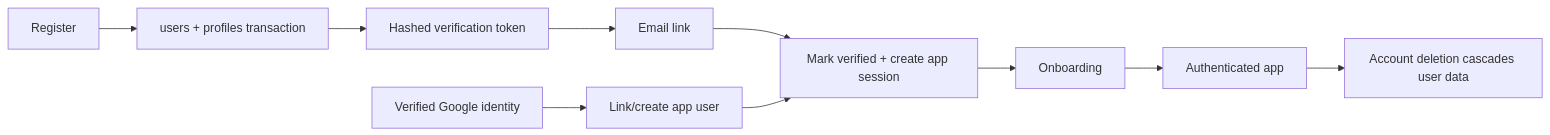
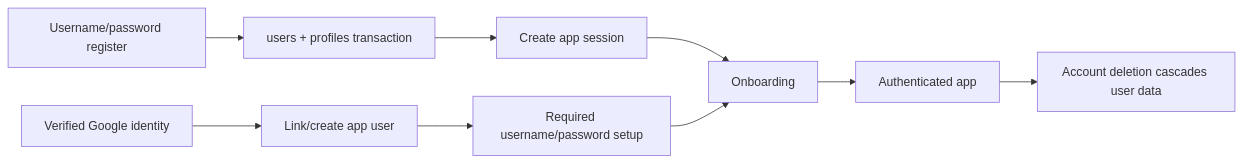
Before and after one commit to zja1999/Macro-Map-3.0: the diagram in docs/domains/identity-and-profiles.md, drawn with Mermaid. The commit also changed other lines of this file and 43 other files, not shown here.

Commit message:
Refine nutrition and community flows across the app

````diff
--- a/docs/domains/identity-and-profiles.md
+++ b/docs/domains/identity-and-profiles.md
@@ -17,12 +17,11 @@
 ```mermaid
 flowchart LR
-    R["Register"] --> U["users + profiles transaction"]
-    U --> V["Hashed verification token"]
-    V --> E["Email link"]
-    E --> M["Mark verified + create app session"]
+    R["Username/password register"] --> U["users + profiles transaction"]
+    U --> M["Create app session"]
     M --> O["Onboarding"]
     O --> A["Authenticated app"]
     G["Verified Google identity"] --> L["Link/create app user"]
-    L --> M
+    L --> C["Required username/password setup"]
+    C --> O
     A --> D["Account deletion cascades user data"]
 ```
````
